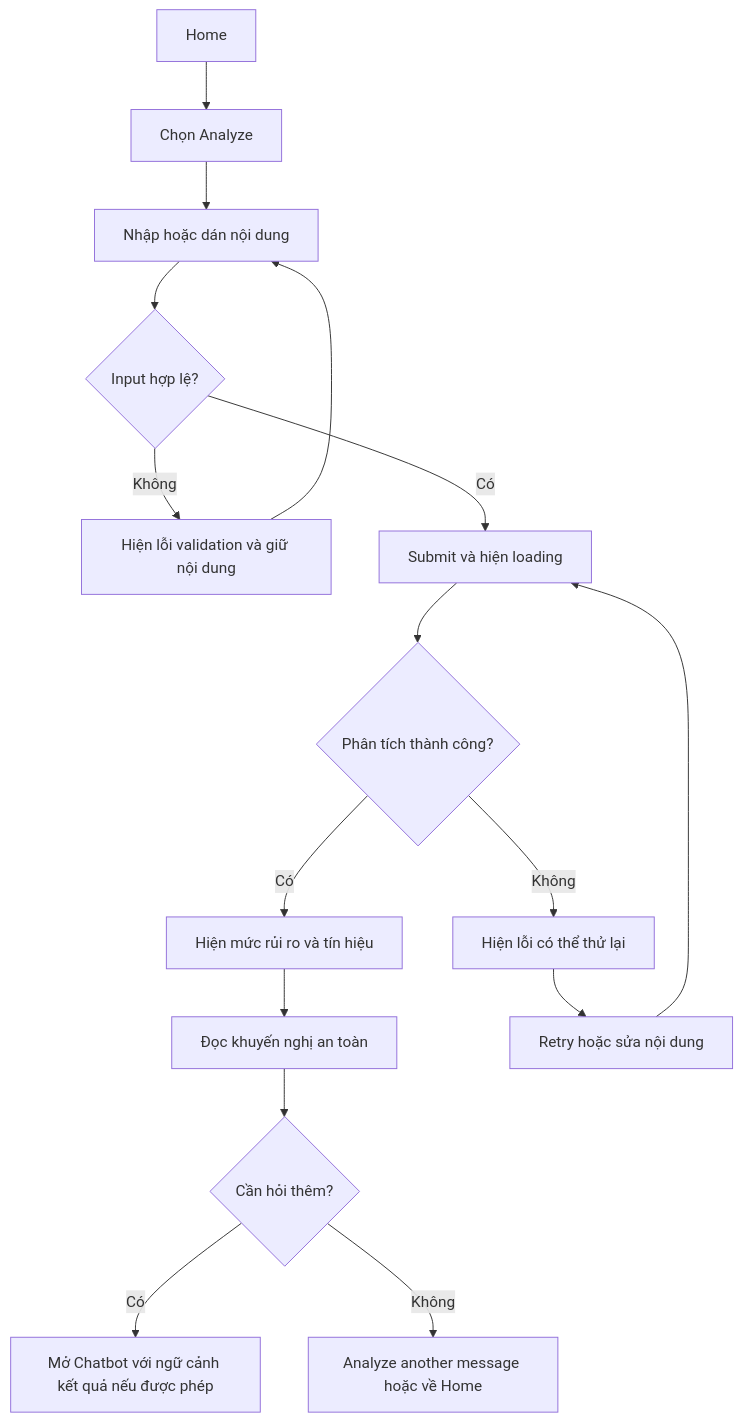
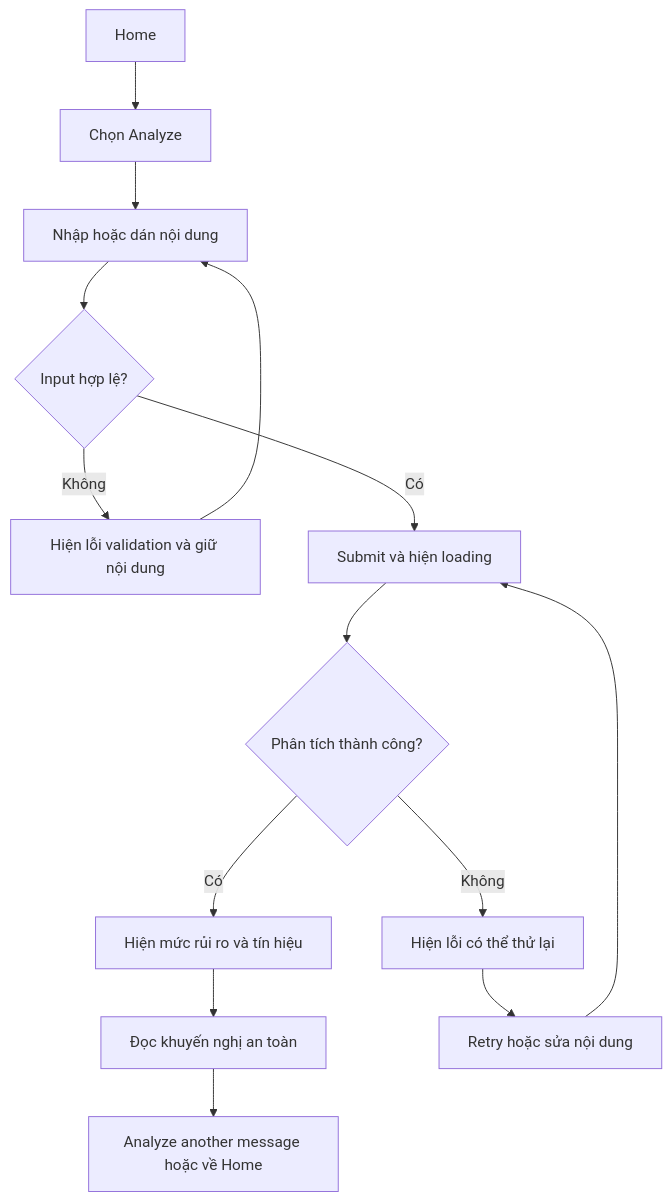
Before and after one commit to chp0703/SCAMLENS-VN: the second of 2 diagrams in frontend/docs/SITEMAP_USER_FLOWS.md, drawn with Mermaid. The commit also changed other lines of this file and 2 other files, not shown here.

Commit message:
docs(frontend): remove chatbot from user flows

````diff
--- a/frontend/docs/SITEMAP_USER_FLOWS.md
+++ b/frontend/docs/SITEMAP_USER_FLOWS.md
@@ -57,18 +51,16 @@
 ```mermaid
 flowchart TD
     A[Home] --> B[Chọn Analyze]
     B --> C[Nhập hoặc dán nội dung]
     C --> D{Input hợp lệ?}
     D -- Không --> E[Hiện lỗi validation và giữ nội dung]
     E --> C
     D -- Có --> F[Submit và hiện loading]
     F --> G{Phân tích thành công?}
     G -- Có --> H[Hiện mức rủi ro và tín hiệu]
     H --> I[Đọc khuyến nghị an toàn]
-    I --> J{Cần hỏi thêm?}
-    J -- Có --> K[Mở Chatbot với ngữ cảnh kết quả nếu được phép]
-    J -- Không --> L[Analyze another message hoặc về Home]
+    I --> J[Analyze another message hoặc về Home]
     G -- Không --> M[Hiện lỗi có thể thử lại]
     M --> N[Retry hoặc sửa nội dung]
     N --> F
 ```
````
